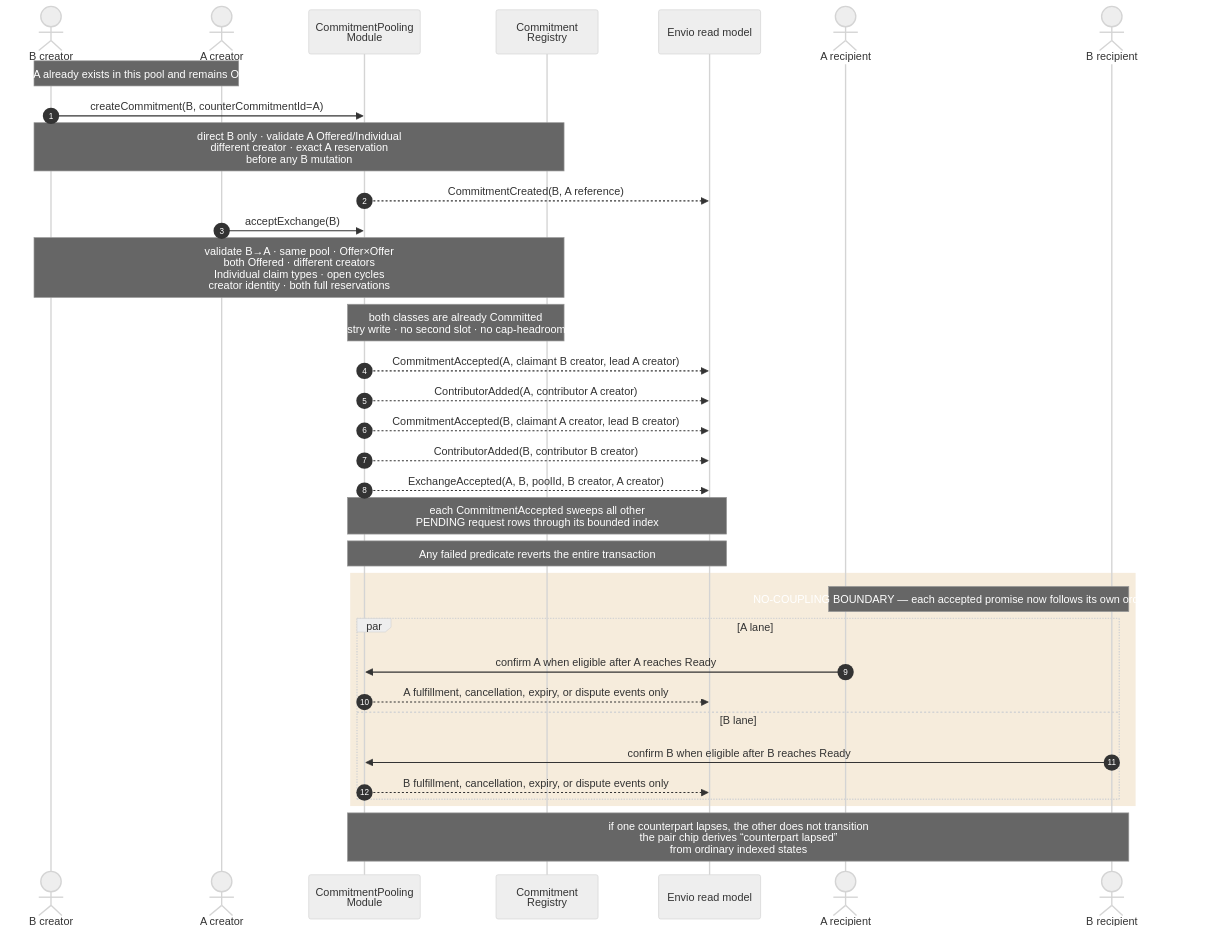
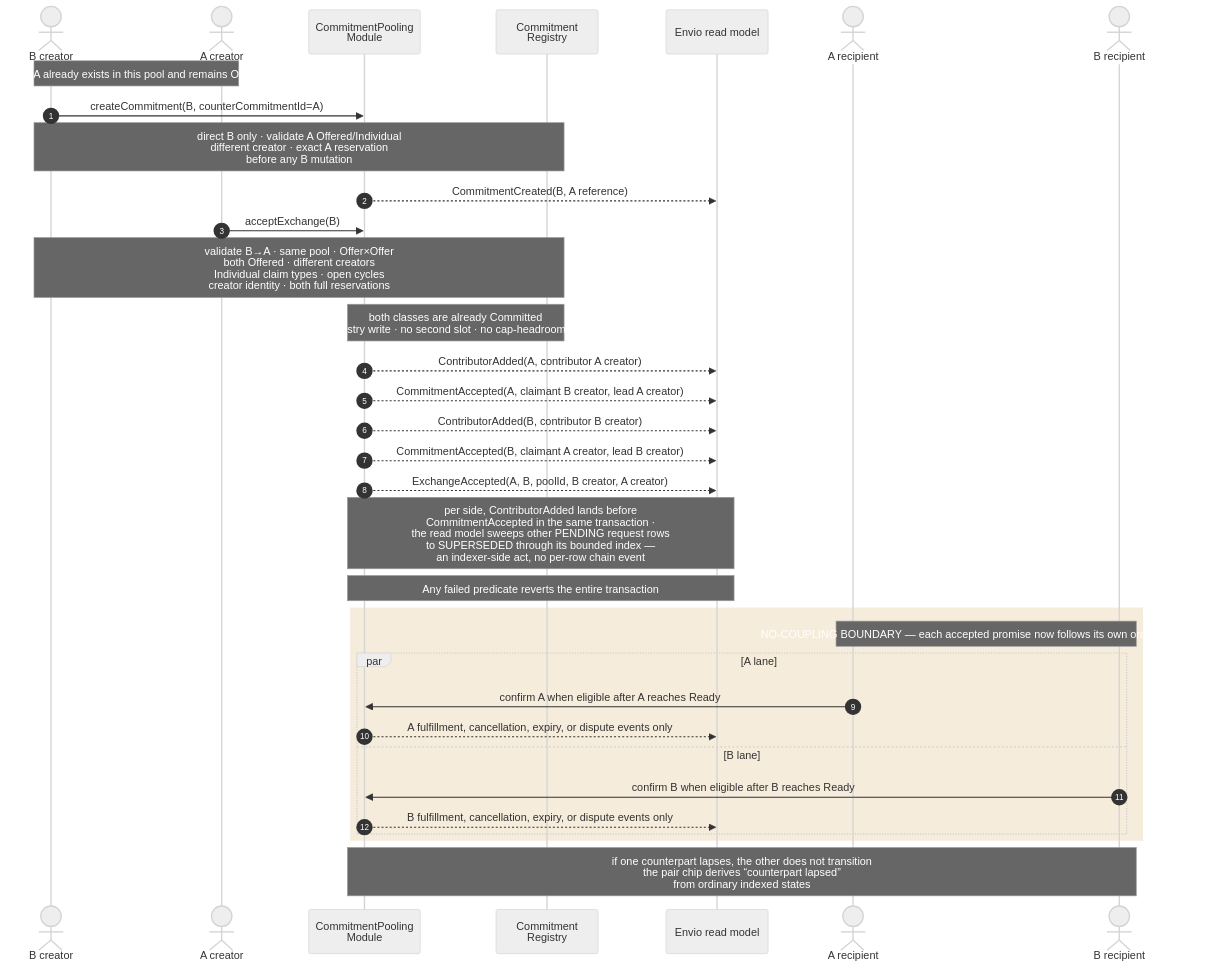
Diagram 19 of 43 in .plans/active/commitment-pooling/diagrams.md (greenpill-dev-guild/green-goods), drawn with Mermaid (neutral theme) before and after one commit. The commit also changed other lines of this file and 6 other files, not shown here.

First line of the commit message:
docs(commitment-pooling): realign the architecture tab with the merged contracts

````diff
--- a/.plans/active/commitment-pooling/diagrams.md
+++ b/.plans/active/commitment-pooling/diagrams.md
@@ -1035,38 +1049,38 @@
 ```mermaid
 sequenceDiagram
   autonumber
   actor BC as B creator
   actor AC as A creator
   participant M as CommitmentPooling<br/>Module
   participant R as Commitment<br/>Registry
   participant I as Envio read model
   actor AR as A recipient
   actor BR as B recipient
 
   Note over BC,AC: Offer A already exists in this pool and remains Offered
   BC->>M: createCommitment(B, counterCommitmentId=A)
   Note over BC,R: direct B only · validate A Offered/Individual<br/>different creator · exact A reservation<br/>before any B mutation
   M-->>I: CommitmentCreated(B, A reference)
   AC->>M: acceptExchange(B)
   Note over BC,R: validate B→A · same pool · Offer×Offer<br/>both Offered · different creators<br/>Individual claim types · open cycles<br/>creator identity · both full reservations
   Note over M,R: both classes are already Committed<br/>no registry write · no second slot · no cap-headroom check
+  M-->>I: ContributorAdded(A, contributor A creator)
   M-->>I: CommitmentAccepted(A, claimant B creator, lead A creator)
-  M-->>I: ContributorAdded(A, contributor A creator)
+  M-->>I: ContributorAdded(B, contributor B creator)
   M-->>I: CommitmentAccepted(B, claimant A creator, lead B creator)
-  M-->>I: ContributorAdded(B, contributor B creator)
   M-->>I: ExchangeAccepted(A, B, poolId, B creator, A creator)
-  Note over M,I: each CommitmentAccepted sweeps all other<br/>PENDING request rows through its bounded index
+  Note over M,I: per side, ContributorAdded lands before<br/>CommitmentAccepted in the same transaction ·<br/>the read model sweeps other PENDING request rows<br/>to SUPERSEDED through its bounded index —<br/>an indexer-side act, no per-row chain event
   Note over M,I: Any failed predicate reverts the entire transaction
 
   rect rgb(246, 236, 220)
     Note over AR,BR: NO-COUPLING BOUNDARY — each accepted promise now follows its own ordinary lifecycle
     par A lane
       AR->>M: confirm A when eligible after A reaches Ready
       M-->>I: A fulfillment, cancellation, expiry, or dispute events only
     and B lane
       BR->>M: confirm B when eligible after B reaches Ready
       M-->>I: B fulfillment, cancellation, expiry, or dispute events only
     end
   end
   Note over M,BR: if one counterpart lapses, the other does not transition<br/>the pair chip derives “counterpart lapsed”<br/>from ordinary indexed states
 ```
````
